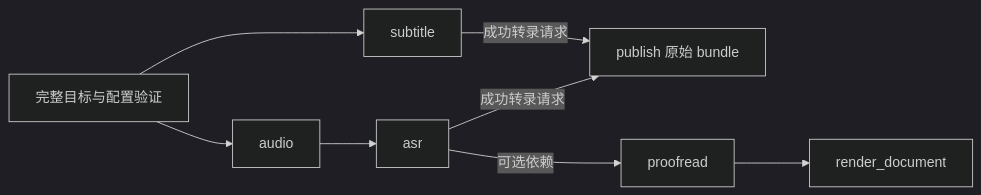
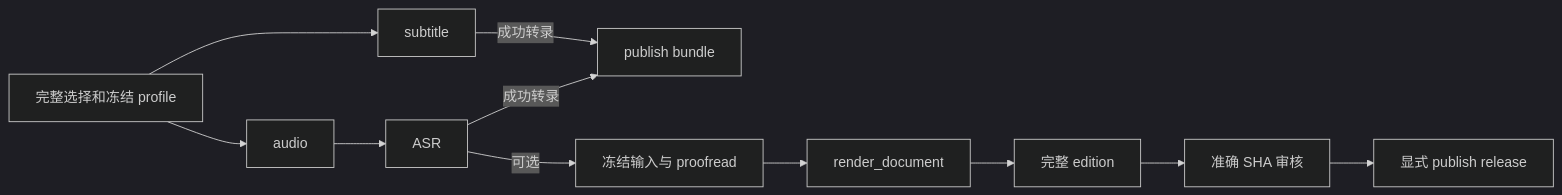
Before and after one commit to SuperCatQR/bilibili-asr-archive: the diagram in docs/architecture.md, drawn with Mermaid (dark theme). The commit also changed other lines of this file and 100 other files, not shown here.

Commit message:
docs: refresh architecture and sequence diagrams from current main

````diff
--- a/docs/architecture.md
+++ b/docs/architecture.md
@@ -78,10 +25,13 @@
 ```mermaid
 flowchart LR
-  selection[完整目标与配置验证] --> subtitle[subtitle]
-  selection --> audio[audio]
-  audio --> asr[asr]
-  subtitle -->|成功转录请求| publish[publish 原始 bundle]
-  asr -->|成功转录请求| publish
-  asr -->|可选依赖| proofread[proofread]
+  plan[完整选择和冻结 profile] --> subtitle[subtitle]
+  plan --> audio[audio]
+  audio --> asr[ASR]
+  subtitle -->|成功转录| bundle[publish bundle]
+  asr -->|成功转录| bundle
+  asr -->|可选| proofread[冻结输入与 proofread]
   proofread --> render[render_document]
+  render --> edition[完整 edition]
+  edition --> review[准确 SHA 审核]
+  review --> release[显式 publish release]
 ```
````
